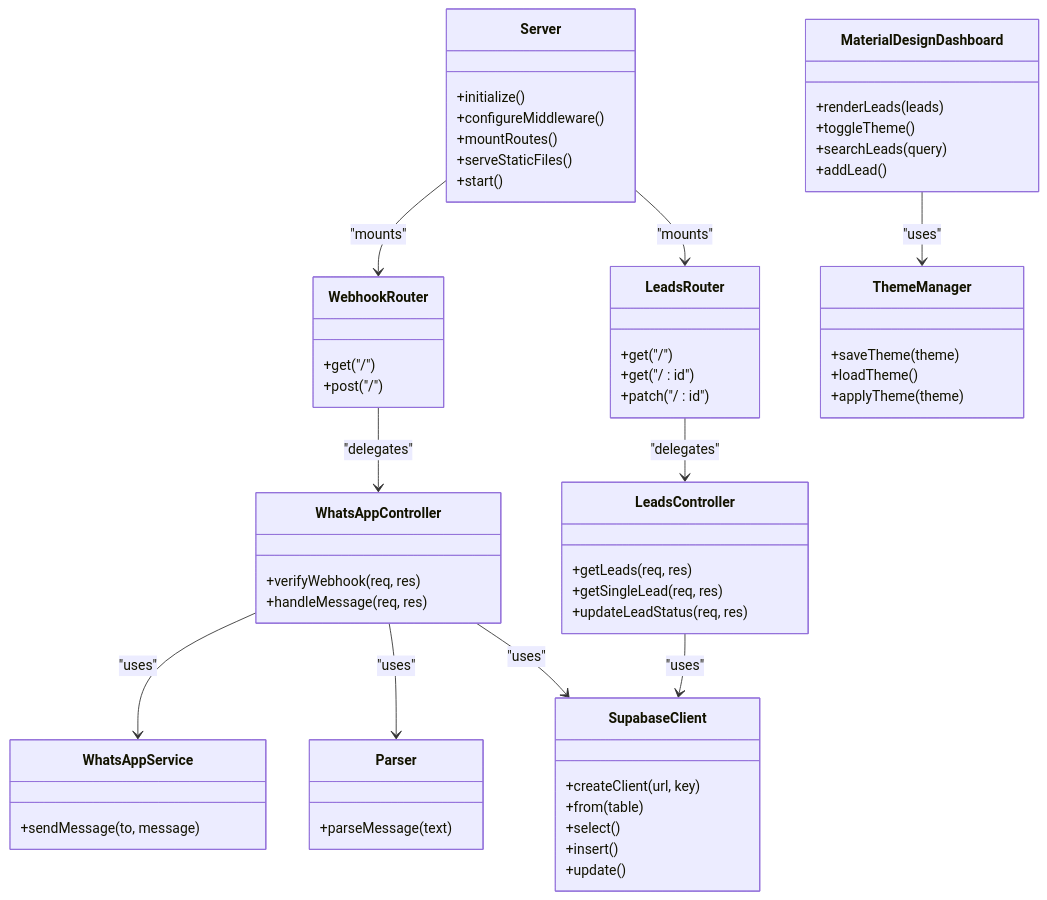
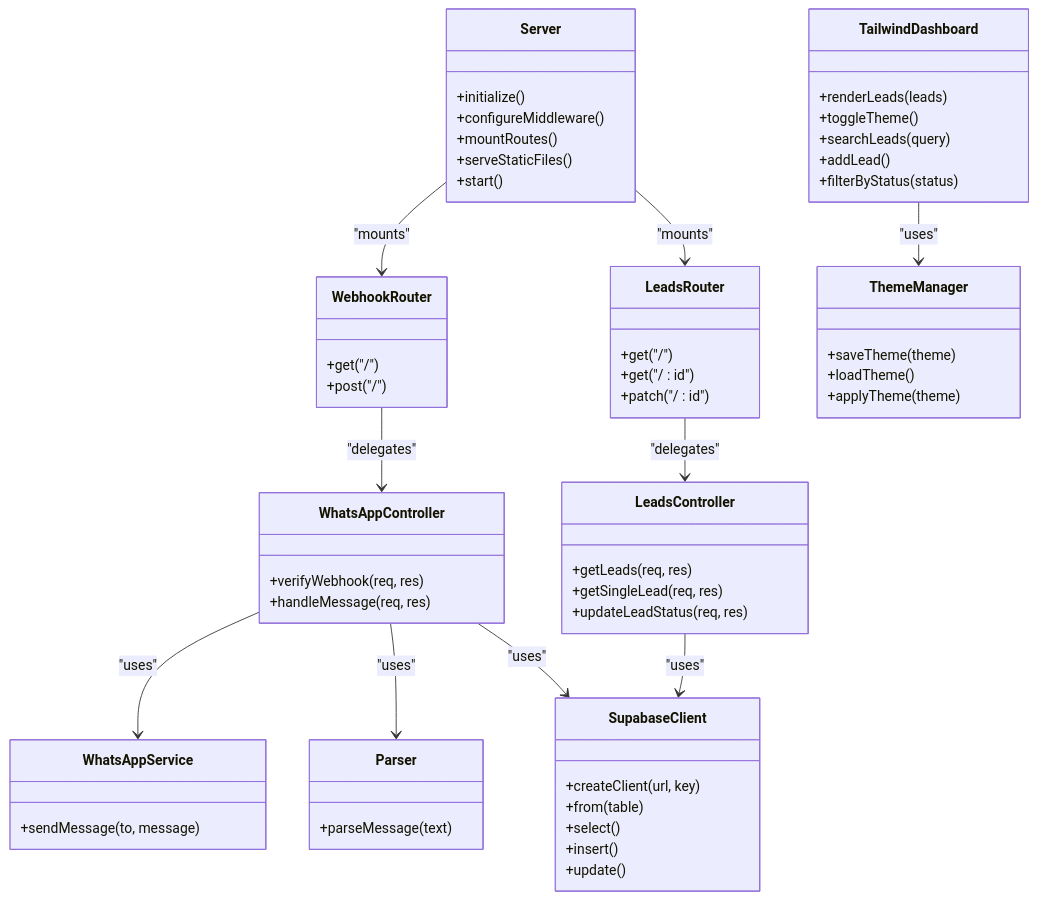
One commit to hariom-wdsadhunik/SaaS-Project changed the third of 4 diagrams in .qoder/repowiki/en/content/Development Guide.md. Above: the diagram before and after it, drawn with Mermaid. The commit also changed other lines of this file and 27 other files, not shown here.

````diff
--- a/.qoder/repowiki/en/content/Development Guide.md
+++ b/.qoder/repowiki/en/content/Development Guide.md
@@ -283,61 +282,62 @@
 ```mermaid
 classDiagram
 class Server {
 +initialize()
 +configureMiddleware()
 +mountRoutes()
 +serveStaticFiles()
 +start()
 }
 class WebhookRouter {
 +get("/")
 +post("/")
 }
 class LeadsRouter {
 +get("/")
 +get("/ : id")
 +patch("/ : id")
 }
 class WhatsAppController {
 +verifyWebhook(req, res)
 +handleMessage(req, res)
 }
 class LeadsController {
 +getLeads(req, res)
 +getSingleLead(req, res)
 +updateLeadStatus(req, res)
 }
 class WhatsAppService {
 +sendMessage(to, message)
 }
 class SupabaseClient {
 +createClient(url, key)
 +from(table)
 +select()
 +insert()
 +update()
 }
 class Parser {
 +parseMessage(text)
 }
-class MaterialDesignDashboard {
+class TailwindDashboard {
 +renderLeads(leads)
 +toggleTheme()
 +searchLeads(query)
 +addLead()
++filterByStatus(status)
 }
 class ThemeManager {
 +saveTheme(theme)
 +loadTheme()
 +applyTheme(theme)
 }
 Server --> WebhookRouter : "mounts"
 Server --> LeadsRouter : "mounts"
 WebhookRouter --> WhatsAppController : "delegates"
 LeadsRouter --> LeadsController : "delegates"
 WhatsAppController --> WhatsAppService : "uses"
 WhatsAppController --> Parser : "uses"
 WhatsAppController --> SupabaseClient : "uses"
 LeadsController --> SupabaseClient : "uses"
-MaterialDesignDashboard --> ThemeManager : "uses"
+TailwindDashboard --> ThemeManager : "uses"
 ```
````
